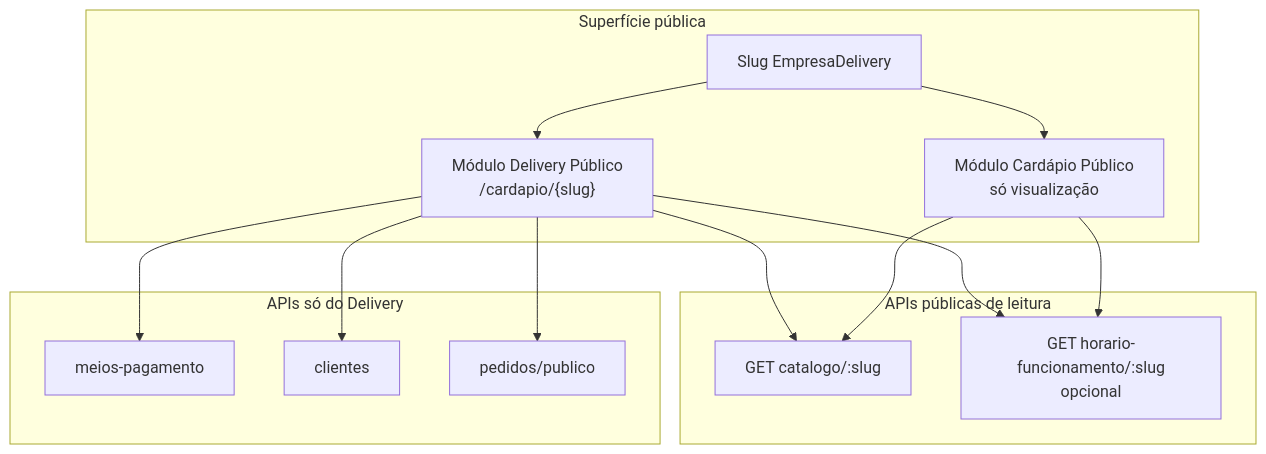
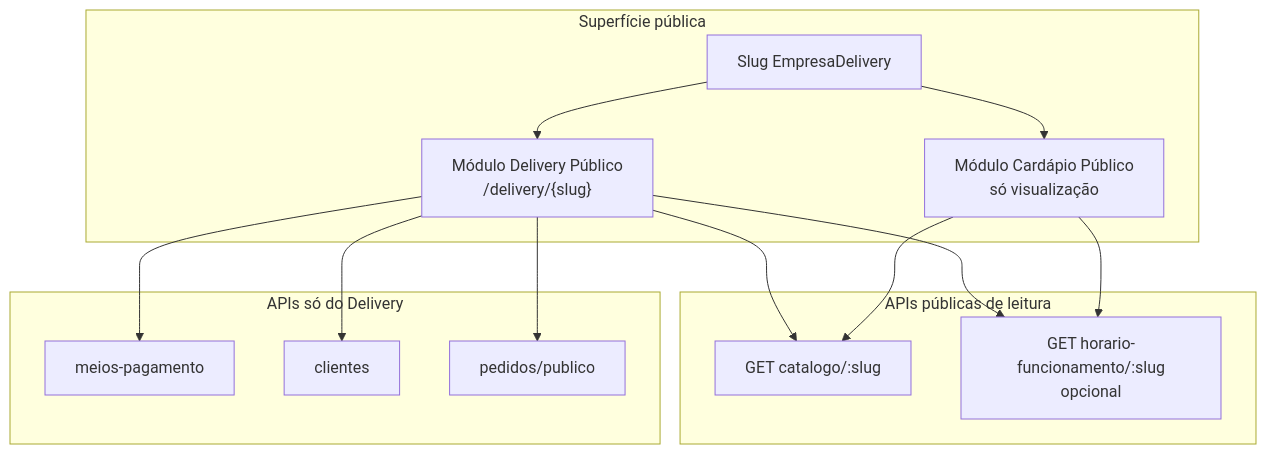
Before and after one commit to albertobarcelos/jiffy-gestor-v2: the diagram in docs/PLANEJAMENTO-CARDAPIO-PUBLICO-VITRINE.md, drawn with Mermaid. The commit also changed other lines of this file and 23 other files, not shown here.

Commit message:
fix: ajuste na URL publica do delivery, trocando /cardapio para /delivery antes do slug

````diff
--- a/docs/PLANEJAMENTO-CARDAPIO-PUBLICO-VITRINE.md
+++ b/docs/PLANEJAMENTO-CARDAPIO-PUBLICO-VITRINE.md
@@ -98,29 +101,29 @@
 ```mermaid
 flowchart TB
   subgraph publico [Superfície pública]
     slug["Slug EmpresaDelivery"]
-    delivery["Módulo Delivery Público\n/cardapio/{slug}"]
+    delivery["Módulo Delivery Público\n/delivery/{slug}"]
     menu["Módulo Cardápio Público\nsó visualização"]
   end
 
   subgraph apis [APIs públicas de leitura]
     catalogo["GET catalogo/:slug"]
     horario["GET horario-funcionamento/:slug\nopcional"]
   end
 
   subgraph apisPedido [APIs só do Delivery]
     pagamentos["meios-pagamento"]
     clientes["clientes"]
     pedidos["pedidos/publico"]
   end
 
   slug --> delivery
   slug --> menu
   delivery --> catalogo
   delivery --> horario
   delivery --> pagamentos
   delivery --> clientes
   delivery --> pedidos
   menu --> catalogo
   menu --> horario
 ```
````
